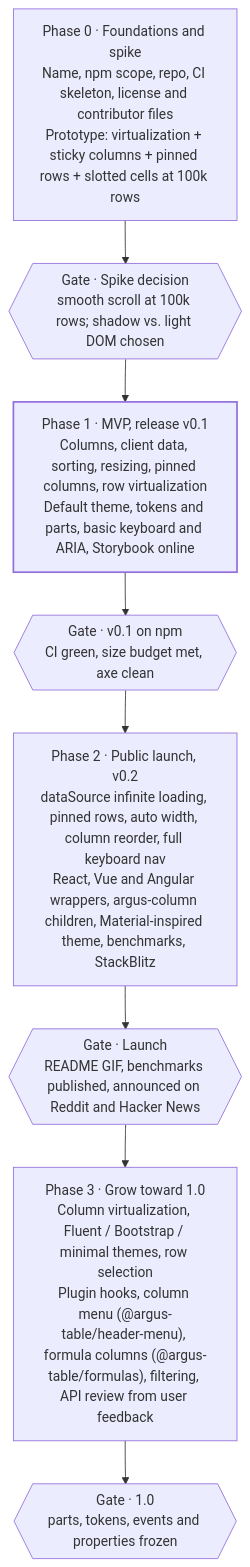
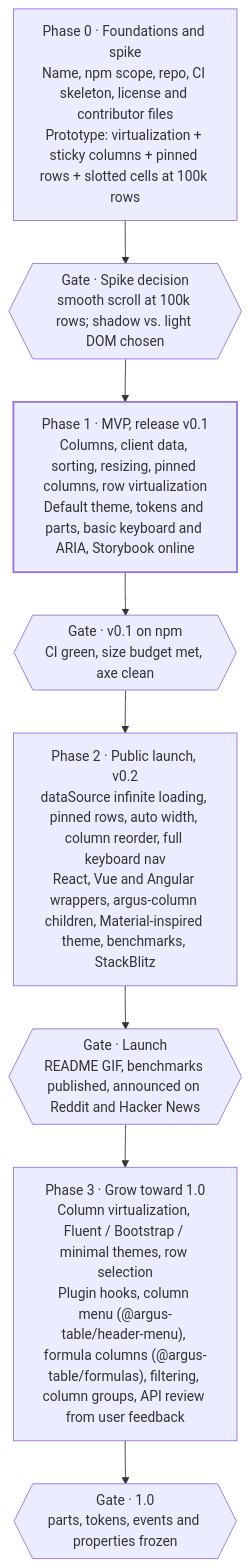
The diagram in docs/plan/plan/12-roadmap.md (Joessst-Dev/argus-table), drawn with Mermaid before and after one commit. The commit also changed other lines of this file and 62 other files, not shown here.

First line of the commit message:
feat: column groups (columnGroups, <argus-column-group>) (#100)

````diff
--- a/docs/plan/plan/12-roadmap.md
+++ b/docs/plan/plan/12-roadmap.md
@@ -11,16 +11,16 @@
 ```mermaid
 flowchart TD
     P0["Phase 0 · Foundations and spike<br/>Name, npm scope, repo, CI skeleton, license and contributor files<br/>Prototype: virtualization + sticky columns + pinned rows + slotted cells at 100k rows"]
     G0{{"Gate · Spike decision<br/>smooth scroll at 100k rows; shadow vs. light DOM chosen"}}
     P1["Phase 1 · MVP, release v0.1<br/>Columns, client data, sorting, resizing, pinned columns, row virtualization<br/>Default theme, tokens and parts, basic keyboard and ARIA, Storybook online"]
     G1{{"Gate · v0.1 on npm<br/>CI green, size budget met, axe clean"}}
     P2["Phase 2 · Public launch, v0.2<br/>dataSource infinite loading, pinned rows, auto width, column reorder, full keyboard nav<br/>React, Vue and Angular wrappers, argus-column children, Material-inspired theme, benchmarks, StackBlitz"]
     G2{{"Gate · Launch<br/>README GIF, benchmarks published, announced on Reddit and Hacker News"}}
-    P3["Phase 3 · Grow toward 1.0<br/>Column virtualization, Fluent / Bootstrap / minimal themes, row selection<br/>Plugin hooks, column menu (@argus-table/header-menu), formula columns (@argus-table/formulas), filtering, API review from user feedback"]
+    P3["Phase 3 · Grow toward 1.0<br/>Column virtualization, Fluent / Bootstrap / minimal themes, row selection<br/>Plugin hooks, column menu (@argus-table/header-menu), formula columns (@argus-table/formulas), filtering, column groups, API review from user feedback"]
     G3{{"Gate · 1.0<br/>parts, tokens, events and properties frozen"}}
 
     P0 --> G0 --> P1 --> G1 --> P2 --> G2 --> P3 --> G3
 
     classDef main stroke-width:2px
     class P1 main
 ```
````
